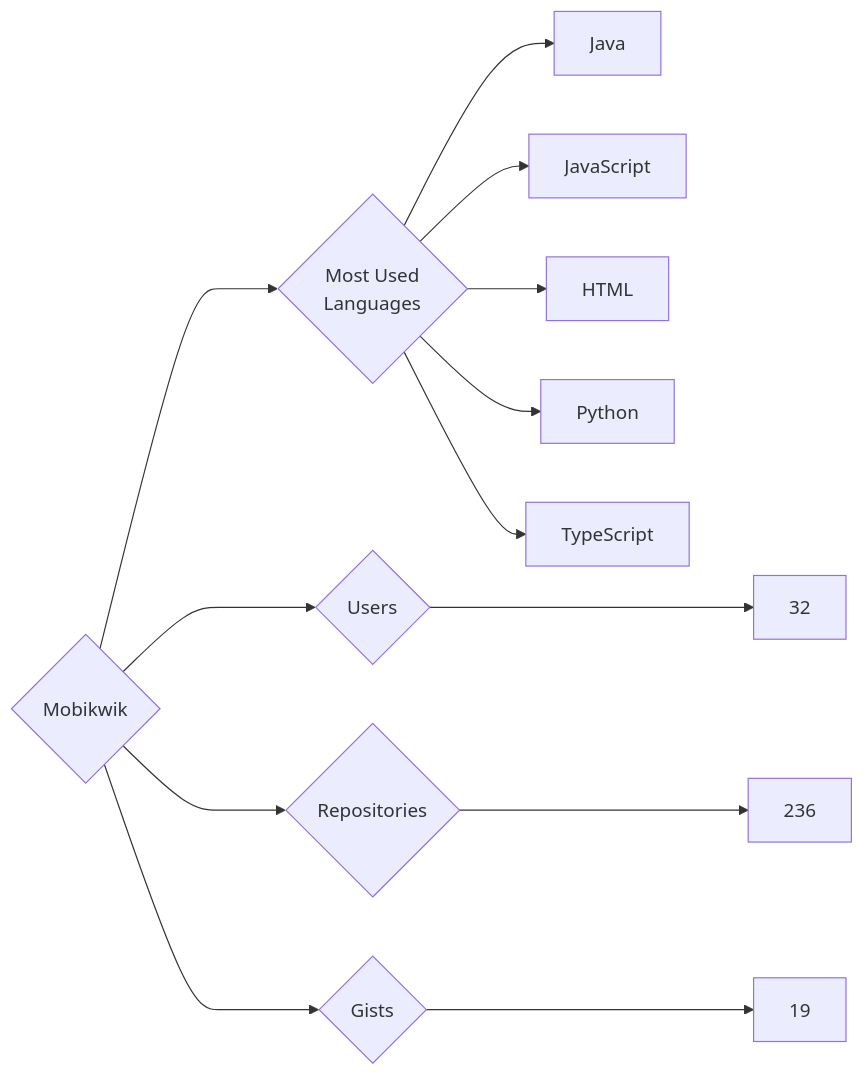
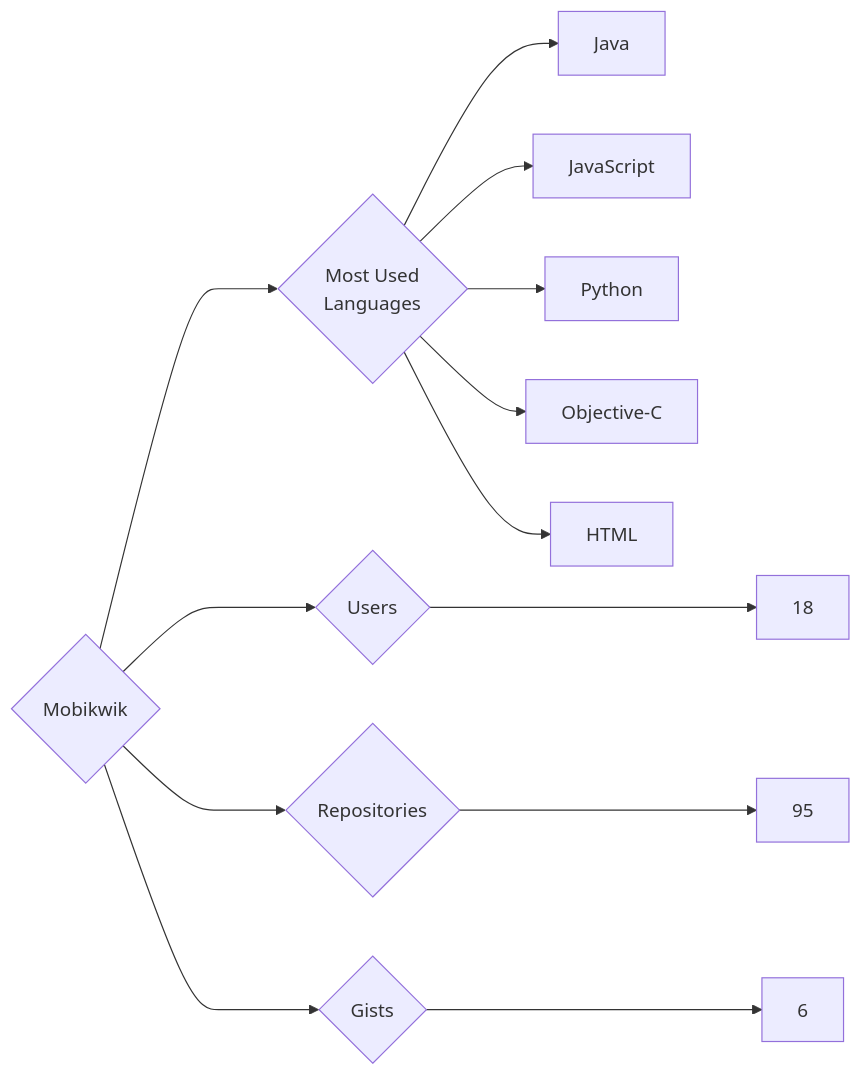
One commit to trickest/insiders changed the diagram in targets/Mobikwik/README.md. Above: the diagram before and after it, drawn with Mermaid. The commit also changed 815 other files, not shown here.

````diff
--- a/targets/Mobikwik/README.md
+++ b/targets/Mobikwik/README.md
@@ -3,13 +3,13 @@
 ```mermaid
 graph LR
 COMPANY_NAME{Mobikwik}
-COMPANY_NAME ---> U{Users} ---> UN[32]
-COMPANY_NAME ---> R{Repositories} ---> RN[236]
-COMPANY_NAME ---> G{Gists} ---> GN[19]
+COMPANY_NAME ---> U{Users} ---> UN[18]
+COMPANY_NAME ---> R{Repositories} ---> RN[95]
+COMPANY_NAME ---> G{Gists} ---> GN[6]
 COMPANY_NAME ---> ML{Most Used<br>Languages}
 ML --> Java[Java]
 ML --> JavaScript[JavaScript]
+ML --> Python[Python]
+ML --> Objective-C[Objective-C]
 ML --> HTML[HTML]
-ML --> Python[Python]
-ML --> TypeScript[TypeScript]
 ```
````
